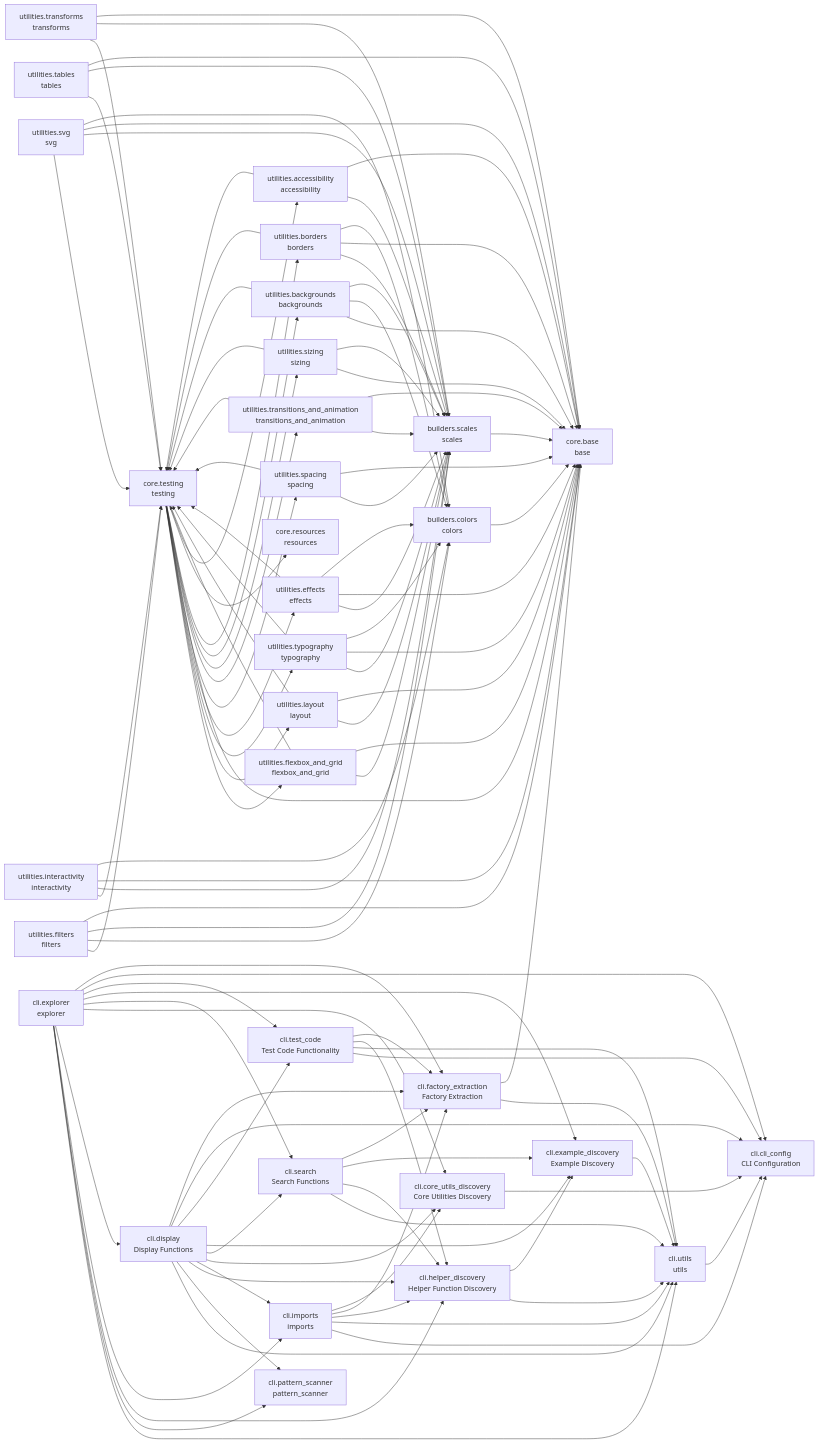
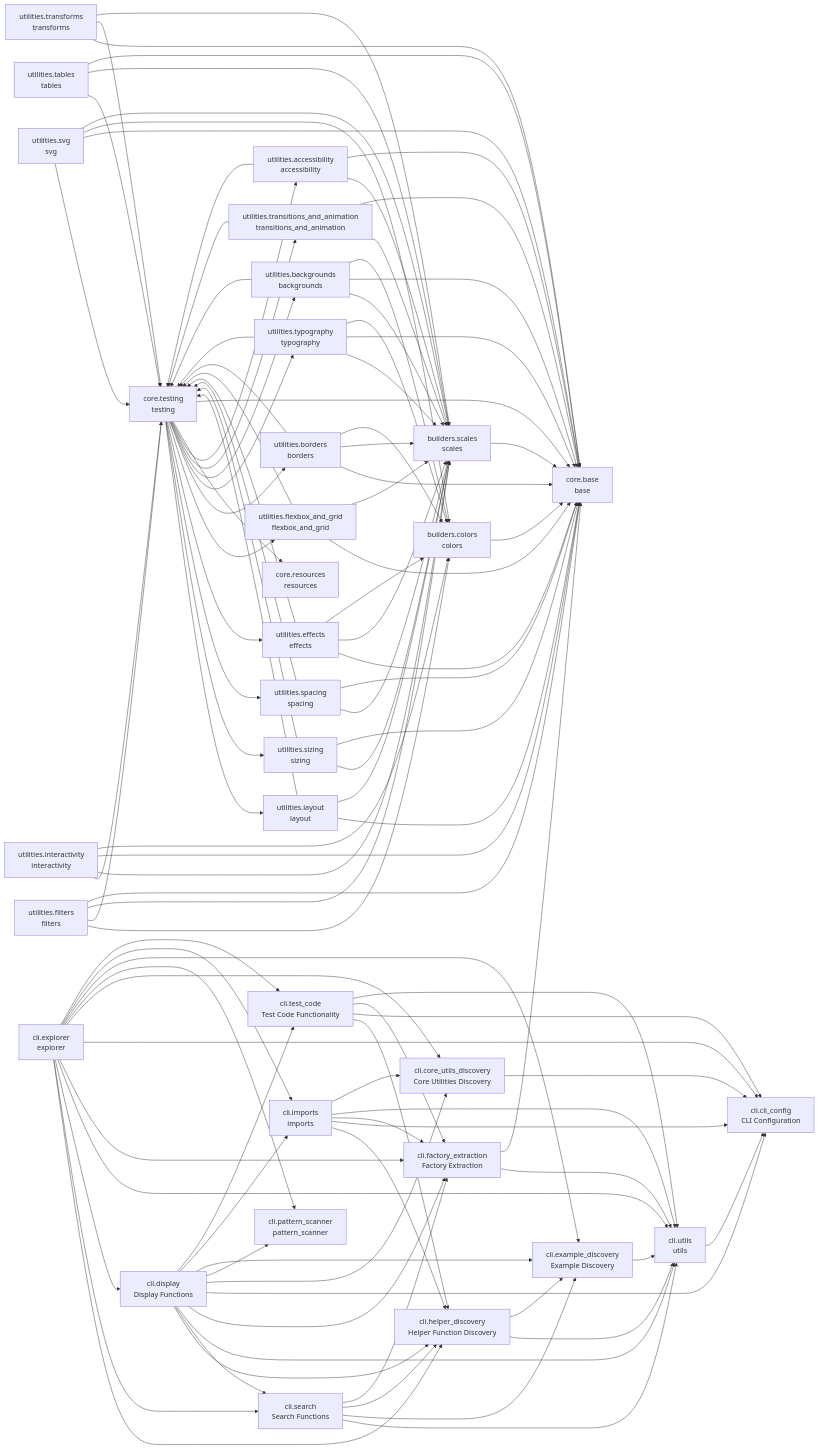
One commit to cj-mills/cjm-fasthtml-tailwind changed the diagram in README.md. Above: the diagram before and after it, drawn with Mermaid. The commit also changed other lines of this file and 10 other files, not shown here.

````diff
--- a/README.md
+++ b/README.md
@@ -91,108 +91,108 @@
     builders_colors --> core_base
     builders_scales --> core_base
     cli_core_utils_discovery --> cli_cli_config
+    cli_display --> cli_helper_discovery
+    cli_display --> cli_search
     cli_display --> cli_utils
+    cli_display --> cli_factory_extraction
+    cli_display --> cli_cli_config
+    cli_display --> cli_core_utils_discovery
     cli_display --> cli_pattern_scanner
-    cli_display --> cli_helper_discovery
+    cli_display --> cli_example_discovery
     cli_display --> cli_imports
-    cli_display --> cli_core_utils_discovery
-    cli_display --> cli_search
-    cli_display --> cli_example_discovery
     cli_display --> cli_test_code
-    cli_display --> cli_cli_config
-    cli_display --> cli_factory_extraction
     cli_example_discovery --> cli_utils
+    cli_explorer --> cli_helper_discovery
+    cli_explorer --> cli_search
+    cli_explorer --> cli_display
     cli_explorer --> cli_utils
+    cli_explorer --> cli_factory_extraction
+    cli_explorer --> cli_cli_config
+    cli_explorer --> cli_core_utils_discovery
     cli_explorer --> cli_pattern_scanner
-    cli_explorer --> cli_helper_discovery
+    cli_explorer --> cli_example_discovery
     cli_explorer --> cli_imports
-    cli_explorer --> cli_display
-    cli_explorer --> cli_core_utils_discovery
-    cli_explorer --> cli_search
-    cli_explorer --> cli_example_discovery
     cli_explorer --> cli_test_code
-    cli_explorer --> cli_cli_config
-    cli_explorer --> cli_factory_extraction
     cli_factory_extraction --> cli_utils
     cli_factory_extraction --> core_base
     cli_helper_discovery --> cli_utils
     cli_helper_discovery --> cli_example_discovery
+    cli_imports --> cli_helper_discovery
     cli_imports --> cli_cli_config
+    cli_imports --> cli_factory_extraction
     cli_imports --> cli_utils
-    cli_imports --> cli_helper_discovery
-    cli_imports --> cli_factory_extraction
     cli_imports --> cli_core_utils_discovery
     cli_search --> cli_utils
+    cli_search --> cli_example_discovery
     cli_search --> cli_helper_discovery
-    cli_search --> cli_example_discovery
     cli_search --> cli_factory_extraction
+    cli_test_code --> cli_helper_discovery
     cli_test_code --> cli_cli_config
+    cli_test_code --> cli_factory_extraction
     cli_test_code --> cli_utils
-    cli_test_code --> cli_helper_discovery
-    cli_test_code --> cli_factory_extraction
     cli_utils --> cli_cli_config
+    core_testing --> utilities_layout
+    core_testing --> utilities_sizing
+    core_testing --> utilities_spacing
+    core_testing --> utilities_effects
     core_testing --> utilities_flexbox_and_grid
-    core_testing --> utilities_layout
+    core_testing --> utilities_borders
     core_testing --> utilities_typography
-    core_testing --> utilities_effects
-    core_testing --> utilities_spacing
+    core_testing --> utilities_backgrounds
+    core_testing --> utilities_transitions_and_animation
+    core_testing --> utilities_accessibility
+    core_testing --> core_resources
     core_testing --> core_base
-    core_testing --> utilities_transitions_and_animation
-    core_testing --> utilities_sizing
-    core_testing --> utilities_backgrounds
-    core_testing --> utilities_borders
-    core_testing --> core_resources
-    core_testing --> utilities_accessibility
+    utilities_accessibility --> core_testing
     utilities_accessibility --> builders_scales
-    utilities_accessibility --> core_testing
     utilities_accessibility --> core_base
     utilities_backgrounds --> core_testing
+    utilities_backgrounds --> builders_scales
     utilities_backgrounds --> core_base
     utilities_backgrounds --> builders_colors
-    utilities_backgrounds --> builders_scales
+    utilities_borders --> core_base
     utilities_borders --> core_testing
     utilities_borders --> builders_scales
-    utilities_borders --> core_base
     utilities_borders --> builders_colors
+    utilities_effects --> core_base
     utilities_effects --> core_testing
     utilities_effects --> builders_scales
-    utilities_effects --> core_base
     utilities_effects --> builders_colors
+    utilities_filters --> builders_colors
     utilities_filters --> core_testing
-    utilities_filters --> builders_colors
     utilities_filters --> builders_scales
     utilities_filters --> core_base
+    utilities_flexbox_and_grid --> core_base
     utilities_flexbox_and_grid --> core_testing
     utilities_flexbox_and_grid --> builders_scales
-    utilities_flexbox_and_grid --> core_base
     utilities_interactivity --> core_testing
     utilities_interactivity --> builders_scales
     utilities_interactivity --> core_base
     utilities_interactivity --> builders_colors
+    utilities_layout --> core_base
     utilities_layout --> core_testing
     utilities_layout --> builders_scales
-    utilities_layout --> core_base
+    utilities_sizing --> builders_scales
     utilities_sizing --> core_testing
     utilities_sizing --> core_base
-    utilities_sizing --> builders_scales
     utilities_spacing --> core_testing
     utilities_spacing --> builders_scales
     utilities_spacing --> core_base
     utilities_svg --> core_testing
-    utilities_svg --> builders_scales
     utilities_svg --> core_base
     utilities_svg --> builders_colors
+    utilities_svg --> builders_scales
     utilities_tables --> core_testing
     utilities_tables --> builders_scales
     utilities_tables --> core_base
+    utilities_transforms --> core_base
     utilities_transforms --> core_testing
     utilities_transforms --> builders_scales
-    utilities_transforms --> core_base
     utilities_transitions_and_animation --> core_testing
     utilities_transitions_and_animation --> builders_scales
     utilities_transitions_and_animation --> core_base
-    utilities_typography --> core_testing
     utilities_typography --> builders_scales
     utilities_typography --> core_base
+    utilities_typography --> core_testing
     utilities_typography --> builders_colors
 ```
````
